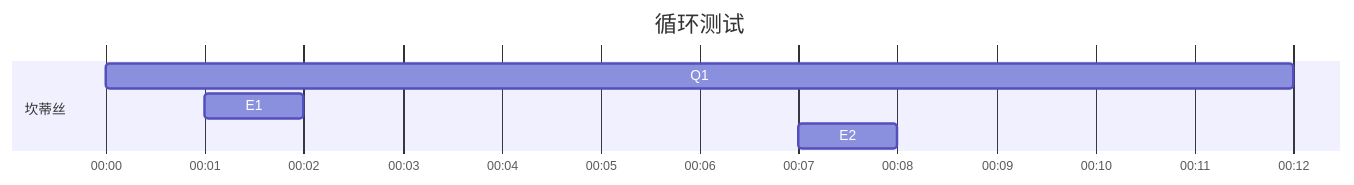
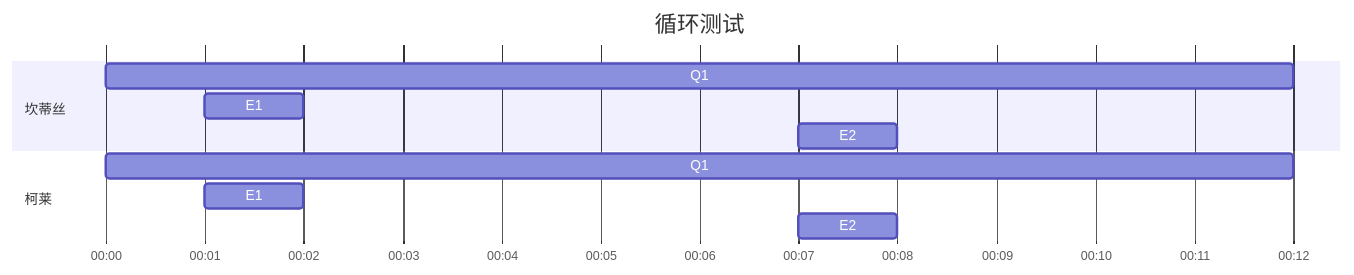
Before and after one commit to JiYouMCC/JiYouMCC.github.io: the second of 2 diagrams in _drafts/2022-1.md, drawn with Mermaid.

````diff
--- a/_drafts/2022-1.md
+++ b/_drafts/2022-1.md
@@ -21,11 +21,16 @@
 ```mermaid
 gantt
     title 循环测试
     axisFormat %M:%S
     todayMarker off
     
     section 坎蒂丝
     Q1   :    2023-01-29 12:00:00, 12s
     E1   :    2023-01-29 12:00:01, 1s
     E2   :    2023-01-29 12:00:07, 1s
+    
+    section 柯莱
+    Q1   :    2023-01-29 12:00:00, 12s
+    E1   :    2023-01-29 12:00:01, 1s
+    E2   :    2023-01-29 12:00:07, 1s
 ```
````
